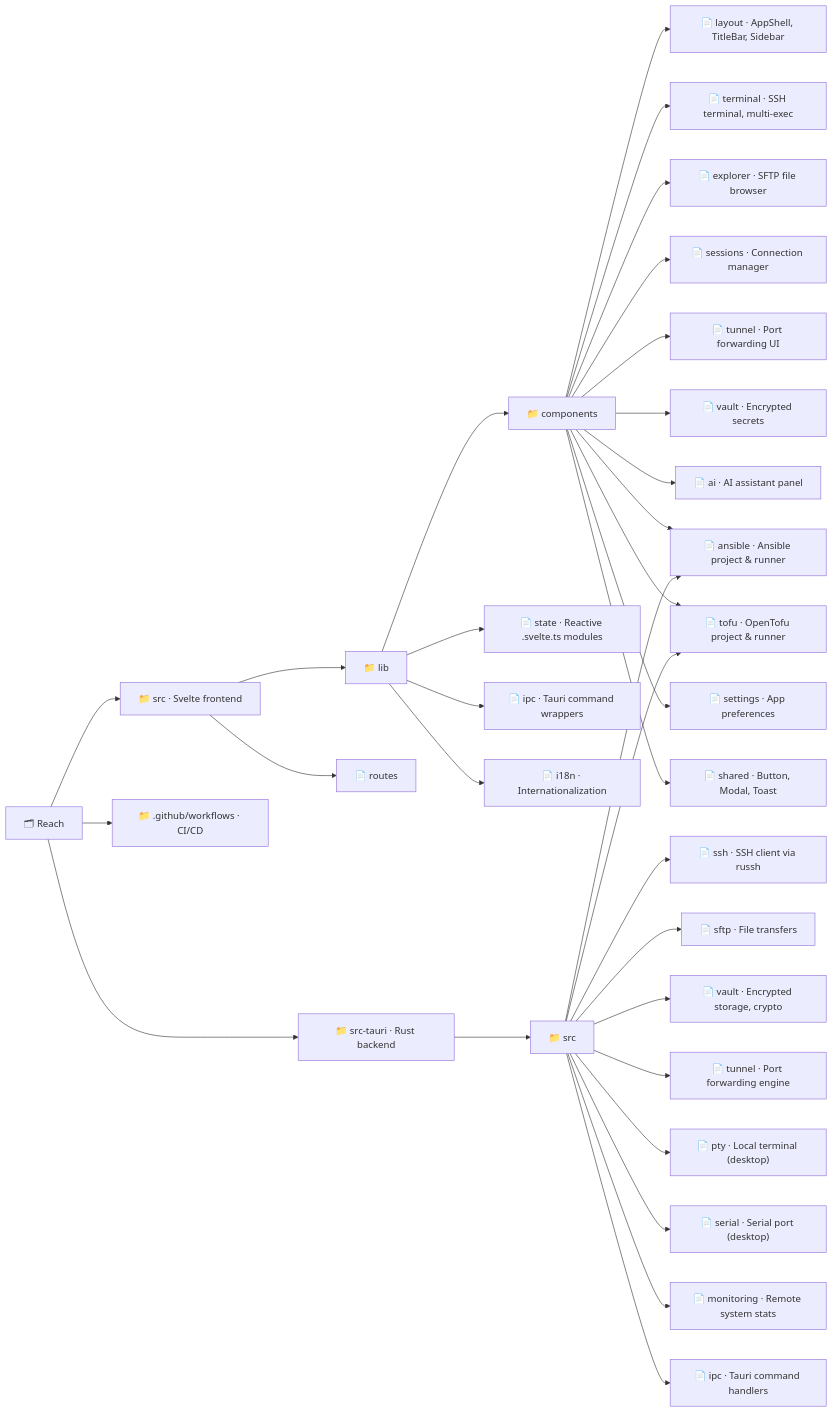
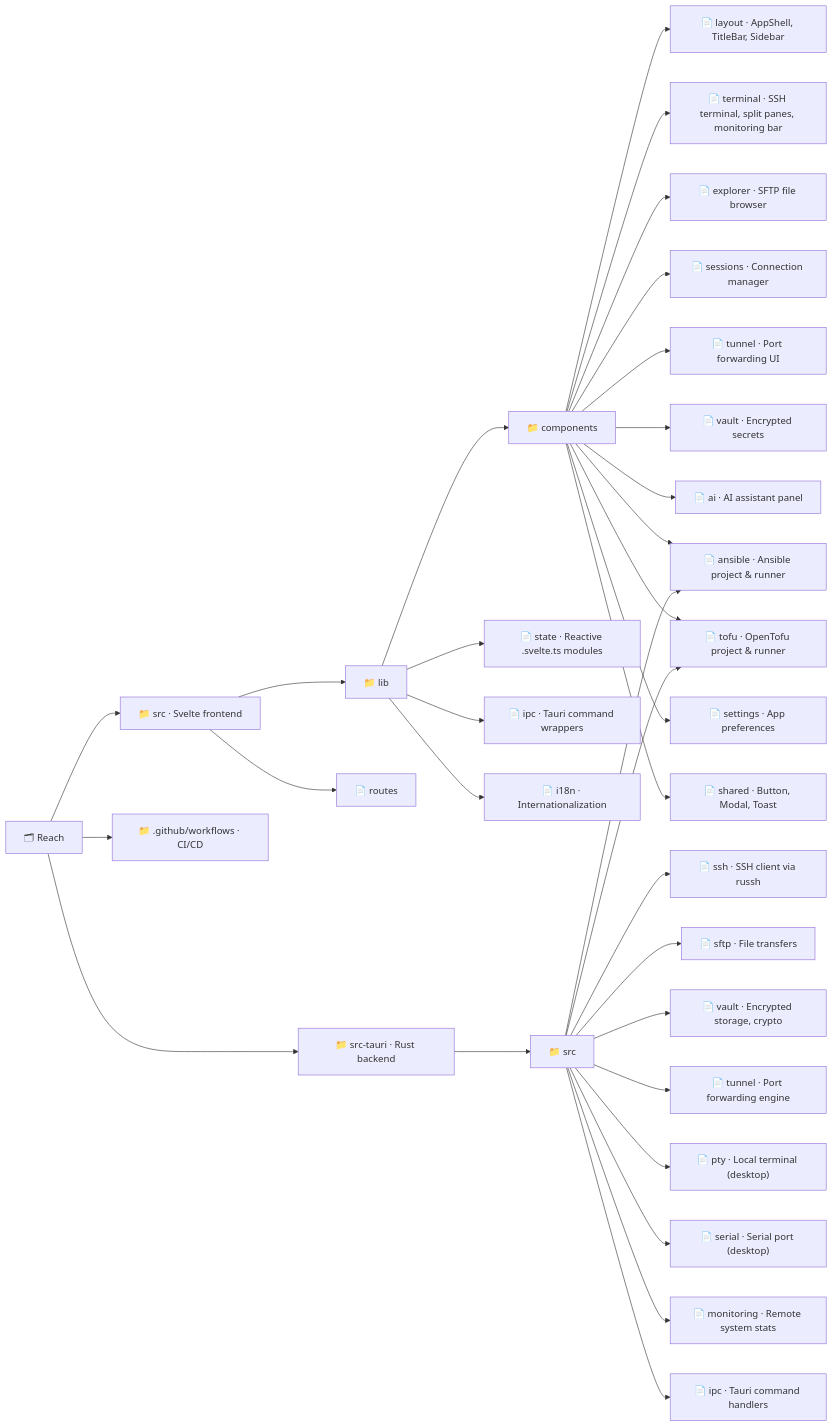
The diagram in README.md (thefiredev-cloud/Reach), drawn with Mermaid before and after one commit. The commit also changed other lines of this file, not shown here.

Commit message:
docs: list all four fork changes, fix stale Multi-Exec claim and license badge

````diff
--- a/README.md
+++ b/README.md
@@ -102,40 +112,40 @@
 ```mermaid
 graph LR
   root["🗂 Reach"]
 
   root --> src["📁 src · Svelte frontend"]
   root --> tauri["📁 src-tauri · Rust backend"]
   root --> gh["📁 .github/workflows · CI/CD"]
 
   src --> routes["📄 routes"]
   src --> lib["📁 lib"]
 
   lib --> components["📁 components"]
   lib --> state["📄 state · Reactive .svelte.ts modules"]
   lib --> ipc["📄 ipc · Tauri command wrappers"]
   lib --> i18n["📄 i18n · Internationalization"]
 
   components --> layout["📄 layout · AppShell, TitleBar, Sidebar"]
-  components --> terminal["📄 terminal · SSH terminal, multi-exec"]
+  components --> terminal["📄 terminal · SSH terminal, split panes, monitoring bar"]
   components --> explorer["📄 explorer · SFTP file browser"]
   components --> sessions["📄 sessions · Connection manager"]
   components --> tunnel["📄 tunnel · Port forwarding UI"]
   components --> vault["📄 vault · Encrypted secrets"]
   components --> ai["📄 ai · AI assistant panel"]
   components --> ansible["📄 ansible · Ansible automation"]
   components --> tofu["📄 tofu · OpenTofu IaC"]
   components --> settings["📄 settings · App preferences"]
   components --> shared["📄 shared · Button, Modal, Toast"]
 
   tauri --> taurisrc["📁 src"]
   taurisrc --> ssh["📄 ssh · SSH client via russh"]
   taurisrc --> sftp["📄 sftp · File transfers"]
   taurisrc --> tvault["📄 vault · Encrypted storage, crypto"]
   taurisrc --> ttunnel["📄 tunnel · Port forwarding engine"]
   taurisrc --> pty["📄 pty · Local terminal (desktop)"]
   taurisrc --> serial["📄 serial · Serial port (desktop)"]
   taurisrc --> monitoring["📄 monitoring · Remote system stats"]
   taurisrc --> ansible["📄 ansible · Ansible project & runner"]
   taurisrc --> tofu["📄 tofu · OpenTofu project & runner"]
   taurisrc --> tipc["📄 ipc · Tauri command handlers"]
 ```
````
